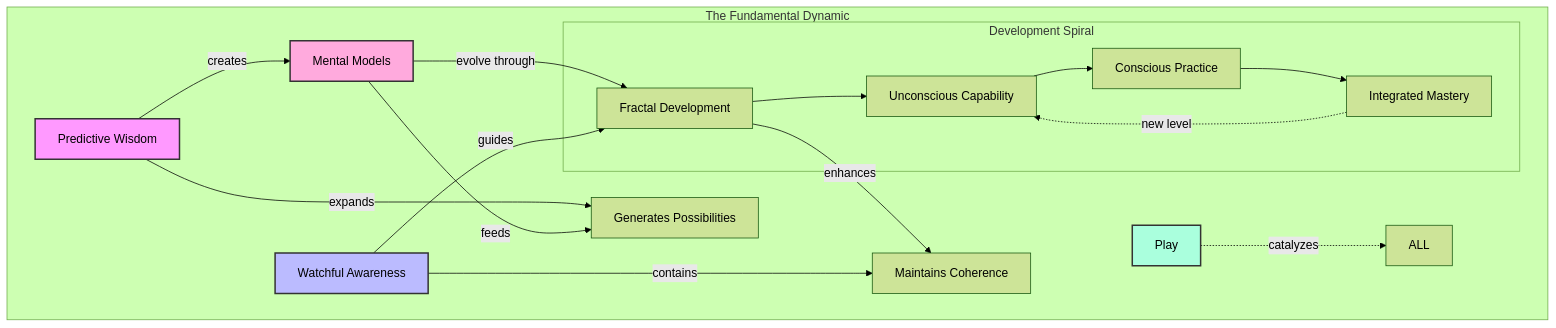
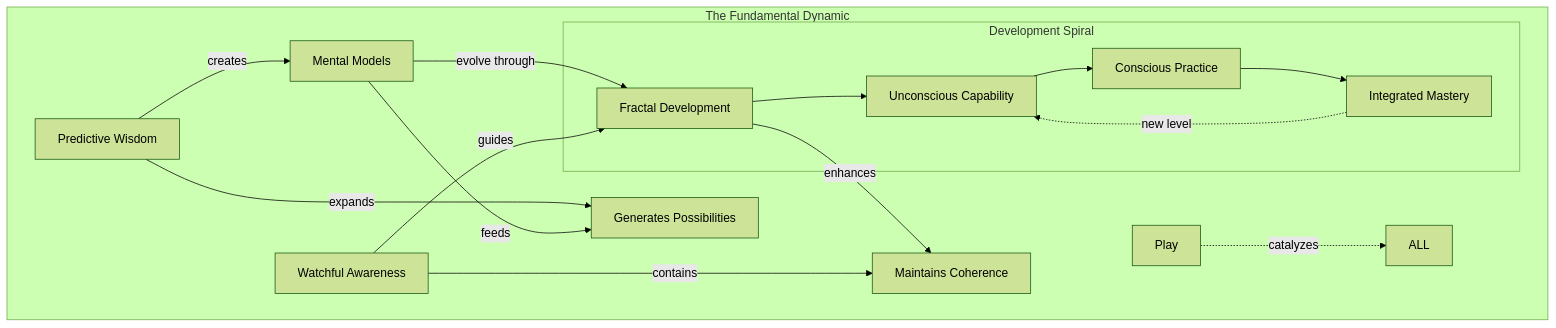
The third of 53 diagrams in README.md (phillipclapham/neuroweaver), drawn with Mermaid (forest theme) before and after one commit.

````diff
--- a/README.md
+++ b/README.md
@@ -112,28 +112,23 @@
 ```mermaid
 graph TD
     subgraph "The Fundamental Dynamic"
         PW[Predictive Wisdom] -->|expands| E1[Generates Possibilities]
         PW -->|creates| MM[Mental Models]
         MM -->|evolve through| FP[Fractal Development]
 
         WA_R[Watchful Awareness] -->|contains| C1[Maintains Coherence]
         WA_R -->|guides| FP
 
         Play[Play] -.->|catalyzes| ALL
 
         subgraph "Development Spiral"
             FP --> U[Unconscious Capability]
             U --> C[Conscious Practice]
             C --> I[Integrated Mastery]
             I -.->|new level| U
         end
 
         MM -->|feeds| E1
         FP -->|enhances| C1
     end
-
-    style PW fill:#f9f,stroke:#333,stroke-width:2px
-    style WA_R fill:#bbf,stroke:#333,stroke-width:2px
-    style MM fill:#fad,stroke:#333,stroke-width:2px
-    style Play fill:#afd,stroke:#333,stroke-width:2px
 ```
````
